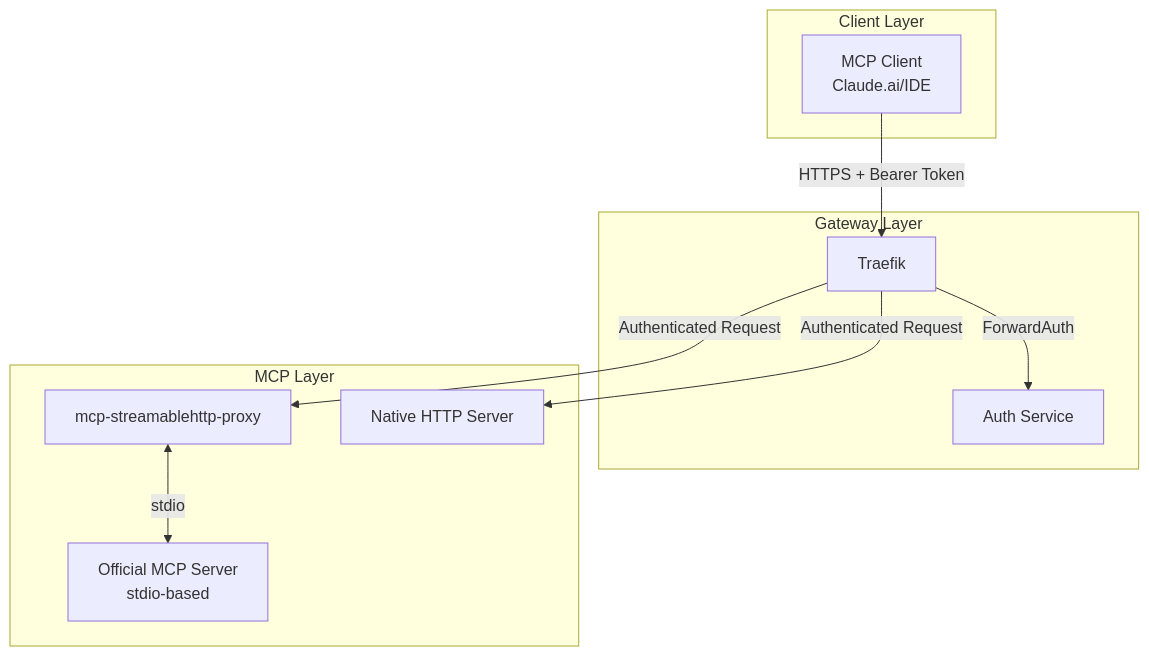
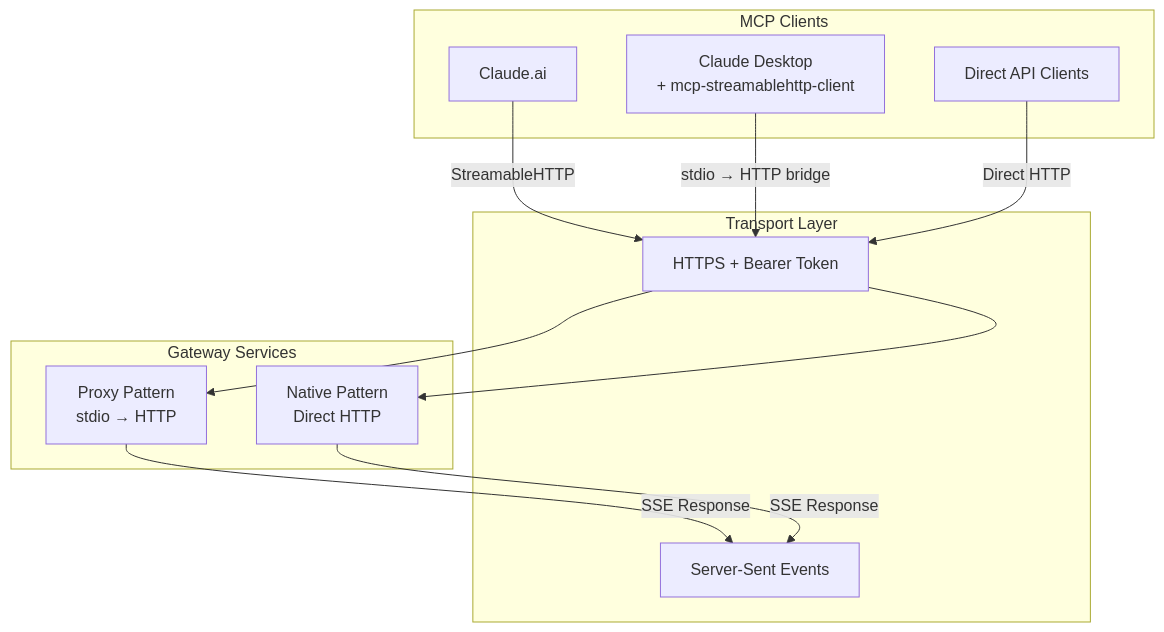
One commit to atrawog/mcp-oauth-gateway changed the first of 3 diagrams in docs/architecture/mcp-integration.md. Above: the diagram before and after it, drawn with Mermaid. The commit also changed other lines of this file and 86 other files, not shown here.

First line of the commit message:
Refactor and enhance documentation for MCP OAuth Gateway

````diff
--- a/docs/architecture/mcp-integration.md
+++ b/docs/architecture/mcp-integration.md
@@ -35,23 +16,28 @@
 ```{mermaid}
 graph TB
-    subgraph "Client Layer"
-        C[MCP Client<br/>Claude.ai/IDE]
+    subgraph "MCP Clients"
+        CLAUDE[Claude.ai]
+        DESKTOP[Claude Desktop<br/>+ mcp-streamablehttp-client]
+        API[Direct API Clients]
     end
 
-    subgraph "Gateway Layer"
-        T[Traefik]
-        A[Auth Service]
+    subgraph "Transport Layer"
+        HTTP[HTTPS + Bearer Token]
+        SSE[Server-Sent Events]
     end
 
-    subgraph "MCP Layer"
-        P[mcp-streamablehttp-proxy]
-        S[Official MCP Server<br/>stdio-based]
-        N[Native HTTP Server]
+    subgraph "Gateway Services"
+        PROXY[Proxy Pattern<br/>stdio → HTTP]
+        NATIVE[Native Pattern<br/>Direct HTTP]
     end
 
-    C -->|HTTPS + Bearer Token| T
-    T -->|ForwardAuth| A
-    T -->|Authenticated Request| P
-    T -->|Authenticated Request| N
-    P <-->|stdio| S
+    CLAUDE -->|StreamableHTTP| HTTP
+    DESKTOP -->|stdio → HTTP bridge| HTTP
+    API -->|Direct HTTP| HTTP
+
+    HTTP --> PROXY
+    HTTP --> NATIVE
+
+    PROXY -->|SSE Response| SSE
+    NATIVE -->|SSE Response| SSE
 ```
````
